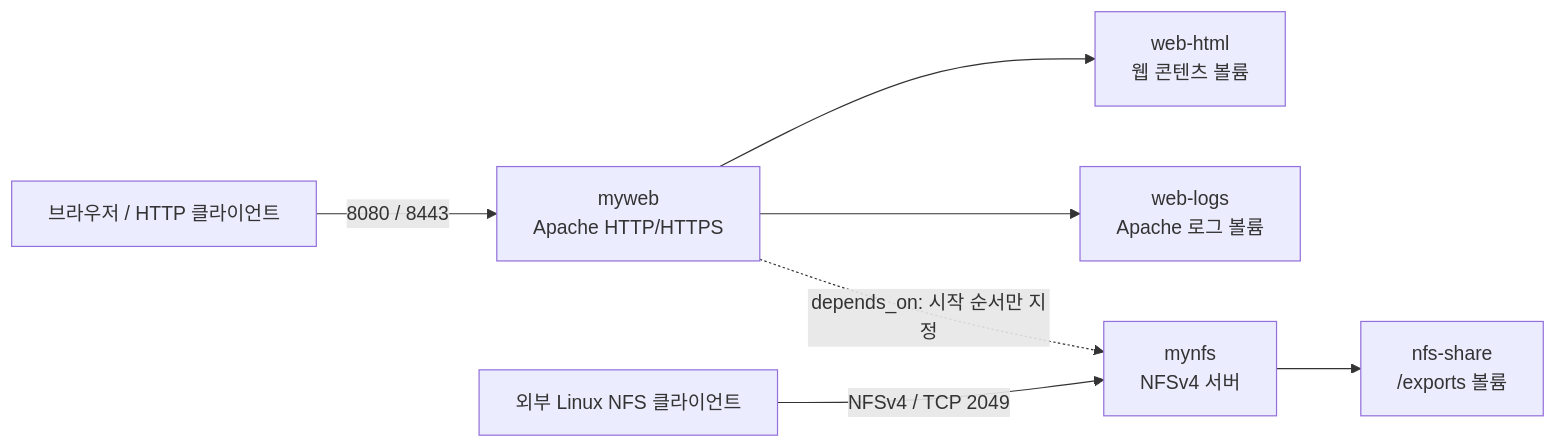
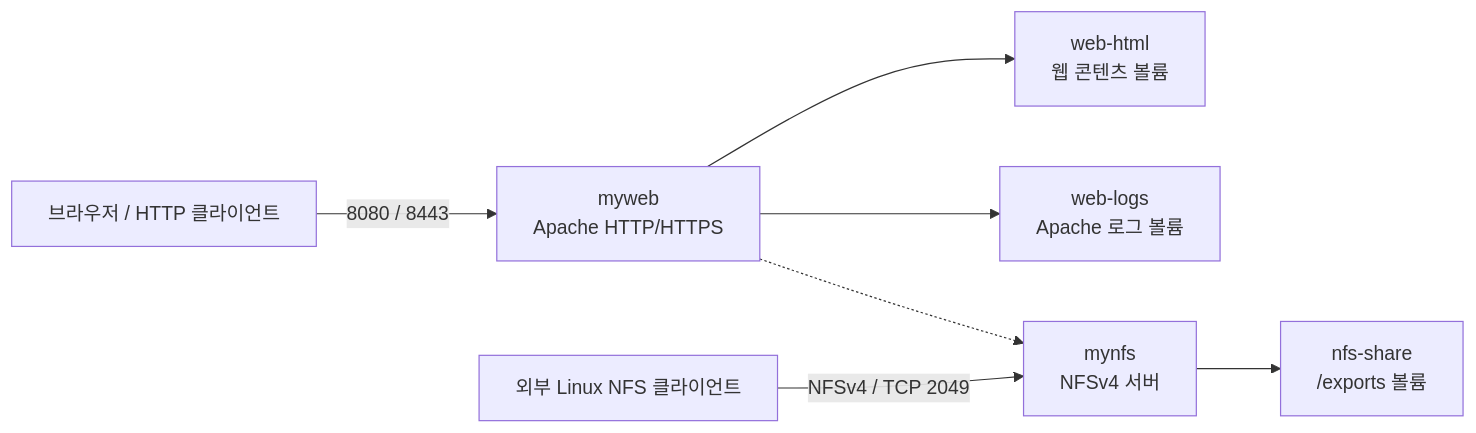
Before and after one commit to tjung03/docker-server-images: the diagram in README.md, drawn with Mermaid.

Commit message:
docs: simplify current structure diagram edge

````diff
--- a/README.md
+++ b/README.md
@@ -9,11 +9,11 @@
 ```mermaid
 flowchart LR
     C["브라우저 / HTTP 클라이언트"] -->|"8080 / 8443"| W["myweb<br/>Apache HTTP/HTTPS"]
     W --> WH["web-html<br/>웹 콘텐츠 볼륨"]
     W --> WL["web-logs<br/>Apache 로그 볼륨"]
 
     N["외부 Linux NFS 클라이언트"] -->|"NFSv4 / TCP 2049"| S["mynfs<br/>NFSv4 서버"]
     S --> NS["nfs-share<br/>/exports 볼륨"]
 
-    W -. "depends_on: 시작 순서만 지정" .-> S
+    W -.-> S
 ```
````
